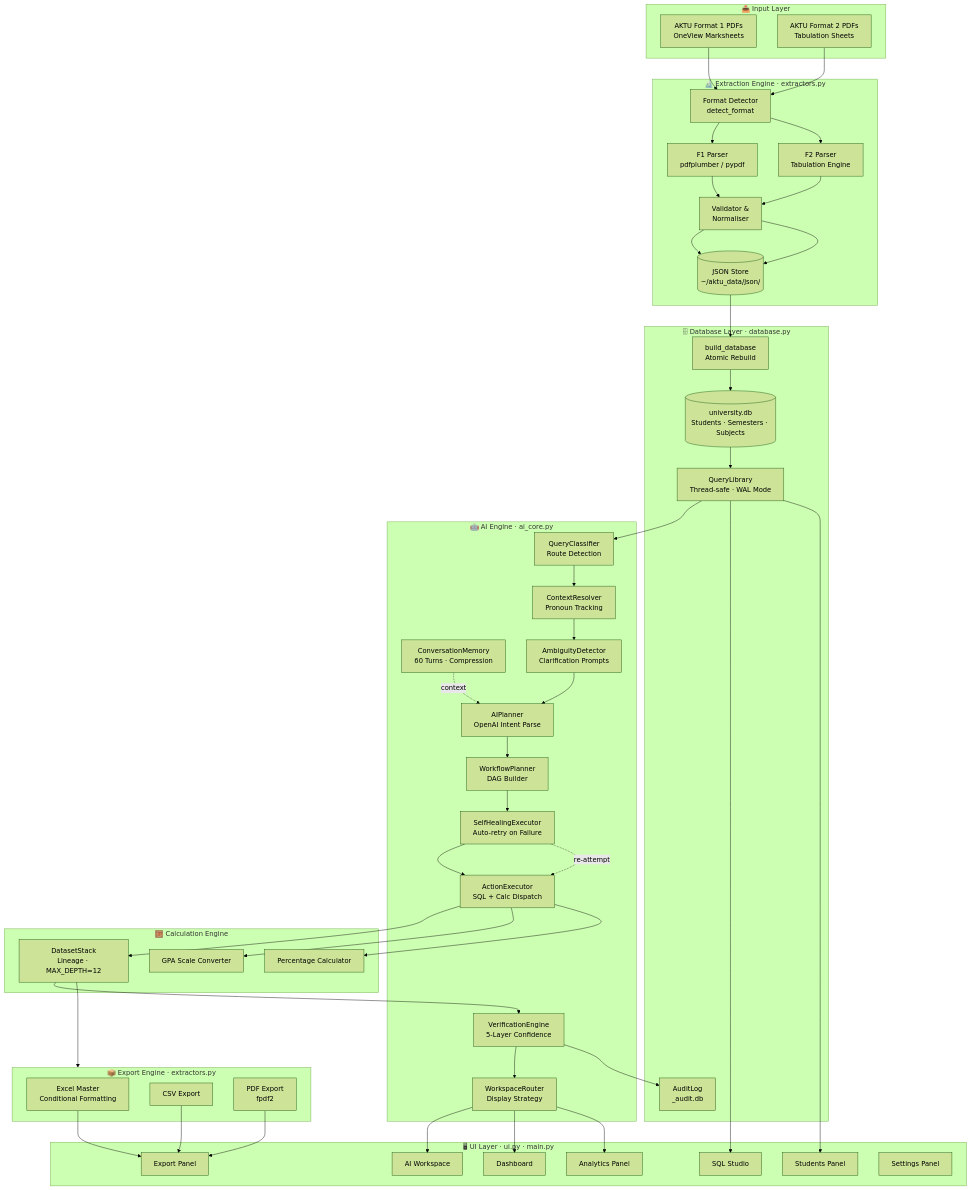
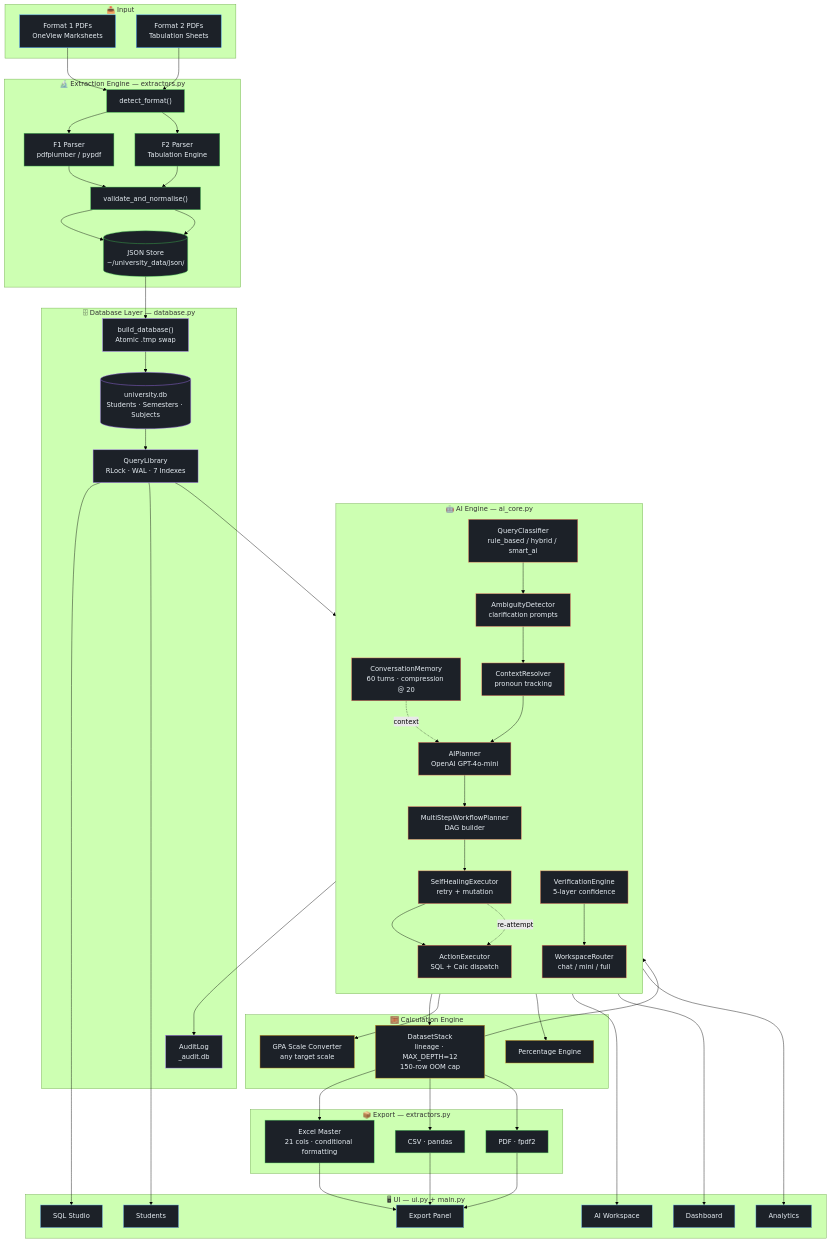
The first of 3 diagrams in README.md (NIKHILUTTAM/AcadLib), drawn with Mermaid (forest theme) before and after one commit. The commit also changed other lines of this file, not shown here.

````diff
--- a/README.md
+++ b/README.md
@@ -191,72 +342,79 @@
 ```mermaid
 flowchart TB
-    subgraph INPUT["📥 Input Layer"]
-        P1[AKTU Format 1 PDFs\nOneView Marksheets]
-        P2[AKTU Format 2 PDFs\nTabulation Sheets]
+    classDef input fill:#1C2128,stroke:#388BFD,color:#E6EDF3
+    classDef extract fill:#1C2128,stroke:#3FB950,color:#E6EDF3
+    classDef db fill:#1C2128,stroke:#A371F7,color:#E6EDF3
+    classDef ai fill:#1C2128,stroke:#F78166,color:#E6EDF3
+    classDef calc fill:#1C2128,stroke:#D29922,color:#E6EDF3
+    classDef export fill:#1C2128,stroke:#56D364,color:#E6EDF3
+    classDef ui fill:#1C2128,stroke:#79C0FF,color:#E6EDF3
+
+    subgraph INPUT["📥 Input"]
+        P1["Format 1 PDFs\nOneView Marksheets"]:::input
+        P2["Format 2 PDFs\nTabulation Sheets"]:::input
     end
 
-    subgraph EXTRACT["🔬 Extraction Engine · extractors.py"]
-        DET[Format Detector\ndetect_format]
-        EX1[F1 Parser\npdfplumber / pypdf]
-        EX2[F2 Parser\nTabulation Engine]
-        VAL[Validator &\nNormaliser]
-        JSON_STORE[(JSON Store\n~/aktu_data/json/)]
+    subgraph EXTRACT["🔬 Extraction Engine — extractors.py"]
+        DET["detect_format()"]:::extract
+        EX1["F1 Parser\npdfplumber / pypdf"]:::extract
+        EX2["F2 Parser\nTabulation Engine"]:::extract
+        VAL["validate_and_normalise()"]:::extract
+        JSON_STORE[("JSON Store\n~/university_data/json/")]:::extract
     end
 
-    subgraph DB["🗄 Database Layer · database.py"]
-        BUILD[build_database\nAtomic Rebuild]
-        QLIB[QueryLibrary\nThread-safe · WAL Mode]
-        AUDIT[AuditLog\n_audit.db]
-        SQLITE[(university.db\nStudents · Semesters · Subjects)]
+    subgraph DB["🗄 Database Layer — database.py"]
+        BUILD["build_database()\nAtomic .tmp swap"]:::db
+        QLIB["QueryLibrary\nRLock · WAL · 7 Indexes"]:::db
+        AUDIT["AuditLog\n_audit.db"]:::db
+        SQLITE[("university.db\nStudents · Semesters · Subjects")]:::db
     end
 
-    subgraph AI["🤖 AI Engine · ai_core.py"]
-        CLS[QueryClassifier\nRoute Detection]
-        CTX[ContextResolver\nPronoun Tracking]
-        PLAN[AIPlanner\nOpenAI Intent Parse]
-        EXEC[ActionExecutor\nSQL + Calc Dispatch]
-        HEAL[SelfHealingExecutor\nAuto-retry on Failure]
-        VER[VerificationEngine\n5-Layer Confidence]
-        MEM[ConversationMemory\n60 Turns · Compression]
-        WFP[WorkflowPlanner\nDAG Builder]
-        WSR[WorkspaceRouter\nDisplay Strategy]
-        AMB[AmbiguityDetector\nClarification Prompts]
+    subgraph AI["🤖 AI Engine — ai_core.py"]
+        direction TB
+        MEM["ConversationMemory\n60 turns · compression @ 20"]:::ai
+        CLS["QueryClassifier\nrule_based / hybrid / smart_ai"]:::ai
+        AMB["AmbiguityDetector\nclarification prompts"]:::ai
+        CTX["ContextResolver\npronoun tracking"]:::ai
+        PLAN["AIPlanner\nOpenAI GPT-4o-mini"]:::ai
+        WFP["MultiStepWorkflowPlanner\nDAG builder"]:::ai
+        HEAL["SelfHealingExecutor\nretry + mutation"]:::ai
+        EXEC["ActionExecutor\nSQL + Calc dispatch"]:::ai
+        VER["VerificationEngine\n5-layer confidence"]:::ai
+        WSR["WorkspaceRouter\nchat / mini / full"]:::ai
+        MEM -.->|context| PLAN
     end
 
     subgraph CALC["🧮 Calculation Engine"]
-        GPA[GPA Scale Converter]
-        PCT[Percentage Calculator]
-        DS[DatasetStack\nLineage · MAX_DEPTH=12]
+        GPA["GPA Scale Converter\nany target scale"]:::calc
+        PCT["Percentage Engine"]:::calc
+        DS["DatasetStack\nlineage · MAX_DEPTH=12\n150-row OOM cap"]:::calc
     end
 
-    subgraph EXPORT["📦 Export Engine · extractors.py"]
-        XLS[Excel Master\nConditional Formatting]
-        CSV_E[CSV Export]
-        PDF_E[PDF Export\nfpdf2]
+    subgraph EXPORT["📦 Export — extractors.py"]
+        XLS["Excel Master\n21 cols · conditional formatting"]:::export
+        CSV_E["CSV · pandas"]:::export
+        PDF_E["PDF · fpdf2"]:::export
     end
 
-    subgraph UI["🖥 UI Layer · ui.py · main.py"]
-        DASH[Dashboard]
-        CHAT[AI Workspace]
-        SQL_P[SQL Studio]
-        ANA[Analytics Panel]
-        STU[Students Panel]
-        EXP[Export Panel]
-        SET[Settings Panel]
+    subgraph UI["🖥 UI — ui.py + main.py"]
+        DASH["Dashboard"]:::ui
+        CHAT["AI Workspace"]:::ui
+        SQL_P["SQL Studio"]:::ui
+        ANA["Analytics"]:::ui
+        STU["Students"]:::ui
+        EXP["Export Panel"]:::ui
     end
 
     P1 --> DET --> EX1 --> VAL --> JSON_STORE
     P2 --> DET --> EX2 --> VAL --> JSON_STORE
     JSON_STORE --> BUILD --> SQLITE
     SQLITE --> QLIB
-    QLIB --> CLS --> CTX --> AMB --> PLAN --> WFP
-    WFP --> HEAL --> EXEC --> DS --> VER --> WSR
-    VER --> AUDIT
+    QLIB --> CLS --> AMB --> CTX --> PLAN --> WFP --> HEAL --> EXEC
+    EXEC --> DS --> VER --> WSR --> AUDIT
     EXEC --> GPA & PCT
     WSR --> CHAT & DASH & ANA
     QLIB --> SQL_P & STU
-    DS --> EXPORT
+    DS --> XLS & CSV_E & PDF_E
     XLS & CSV_E & PDF_E --> EXP
-    MEM -.->|context| PLAN
     HEAL -.->|re-attempt| EXEC
 ```
````
